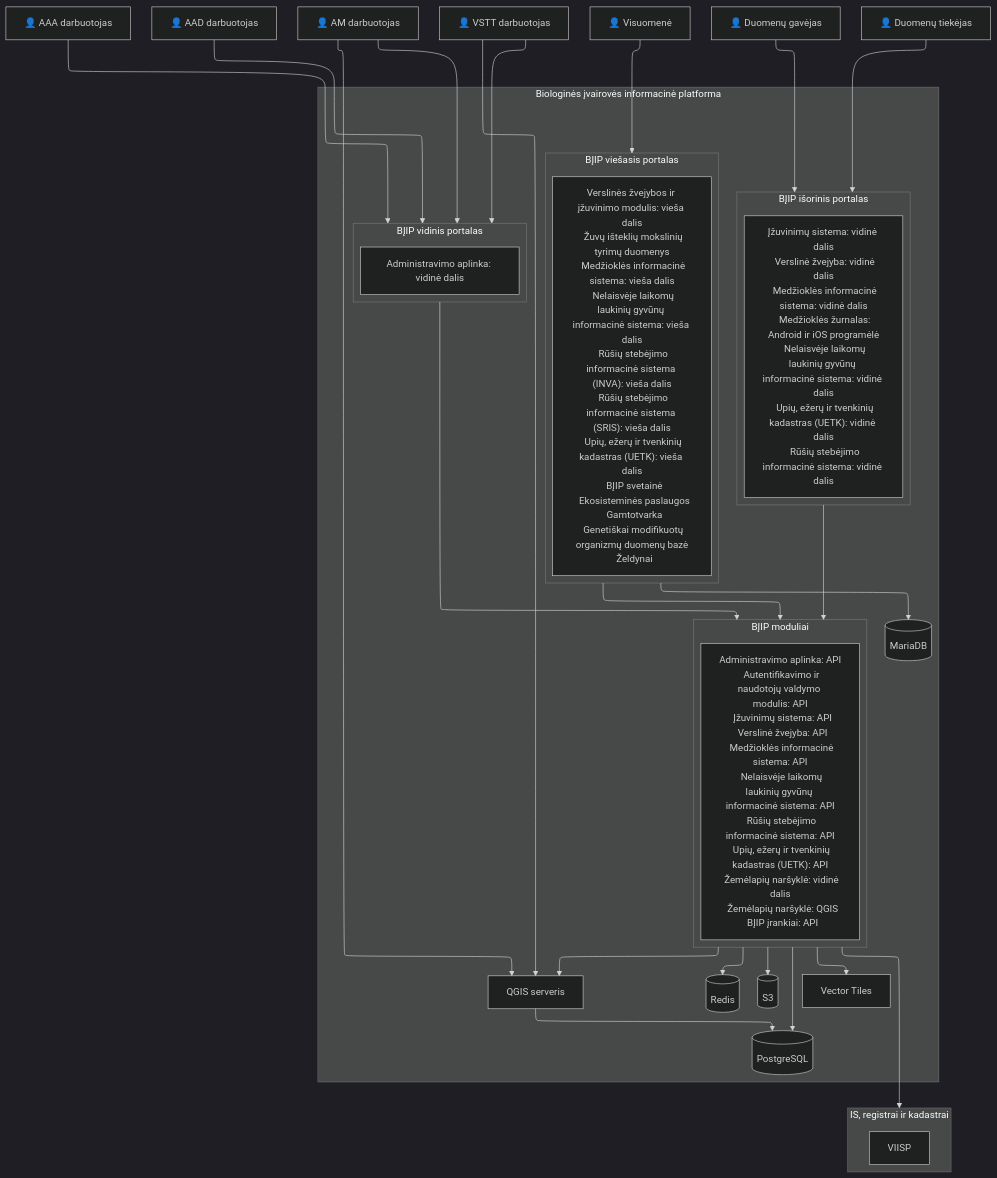
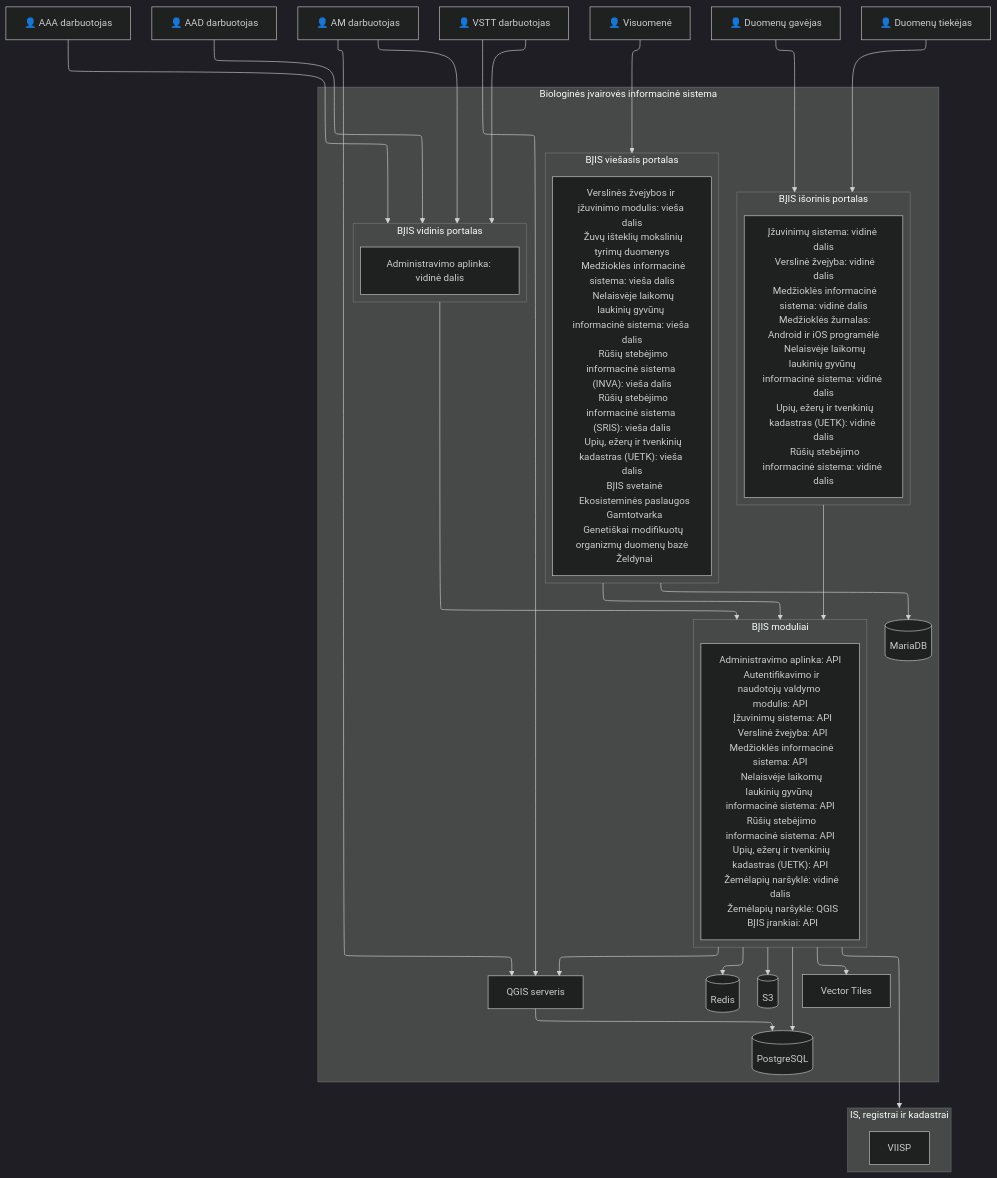
One commit to AplinkosMinisterija/biip-docs changed the diagram in src/schema.md. Above: the diagram before and after it, drawn with Mermaid (dark theme).

```diff
--- a/src/schema.md
+++ b/src/schema.md
@@ -9,12 +9,12 @@
 tiekejas["👤 Duomenų gavėjas"]
 gavejas["👤 Duomenų tiekėjas"]
 
-subgraph "Biologinės įvairovės informacinė platforma"
-subgraph admin["BĮIP vidinis portalas"]
+subgraph "Biologinės įvairovės informacinė sistema"
+subgraph admin["BĮIS vidinis portalas"]
   biip_admin_web["Administravimo aplinka: vidinė dalis"]
 end
 
-subgraph web["BĮIP išorinis portalas"]
+subgraph web["BĮIS išorinis portalas"]
   all_web["Įžuvinimų sistema: vidinė dalis
   Verslinė žvejyba: vidinė dalis
   Medžioklės informacinė sistema: vidinė dalis
@@ -24,7 +24,7 @@
   Rūšių stebėjimo informacinė sistema: vidinė dalis"]
 end
 
-subgraph public["BĮIP viešasis portalas"]
+subgraph public["BĮIS viešasis portalas"]
   all_public["Verslinės žvejybos ir įžuvinimo modulis: vieša dalis
   Žuvų išteklių mokslinių tyrimų duomenys
   Medžioklės informacinė sistema: vieša dalis
@@ -32,14 +32,14 @@
   Rūšių stebėjimo informacinė sistema (INVA): vieša dalis
   Rūšių stebėjimo informacinė sistema (SRIS): vieša dalis
   Upių, ežerų ir tvenkinių kadastras (UETK): vieša dalis
-  BĮIP svetainė
+  BĮIS svetainė
   Ekosisteminės paslaugos
   Gamtotvarka
   Genetiškai modifikuotų organizmų duomenų bazė
   Želdynai"]
 end
 
-subgraph api["BĮIP moduliai"]
+subgraph api["BĮIS moduliai"]
   all_api["Administravimo aplinka: API
   Autentifikavimo ir naudotojų valdymo modulis: API
   Įžuvinimų sistema: API
@@ -50,7 +50,7 @@
   Upių, ežerų ir tvenkinių kadastras (UETK): API
   Žemėlapių naršyklė: vidinė dalis
   Žemėlapių naršyklė: QGIS
-  BĮIP įrankiai: API"]
+  BĮIS įrankiai: API"]
 end
 
 postgresql[("PostgreSQL")]
```
